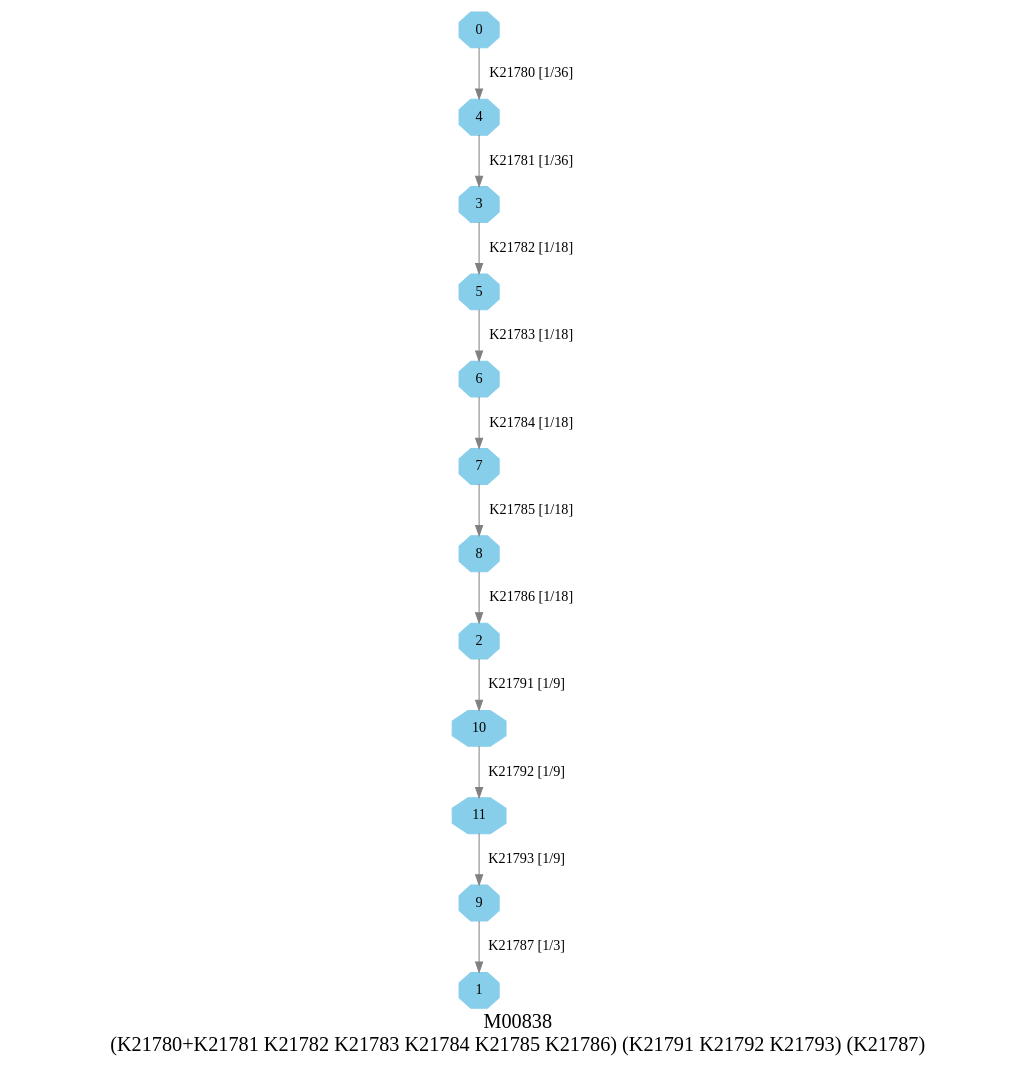
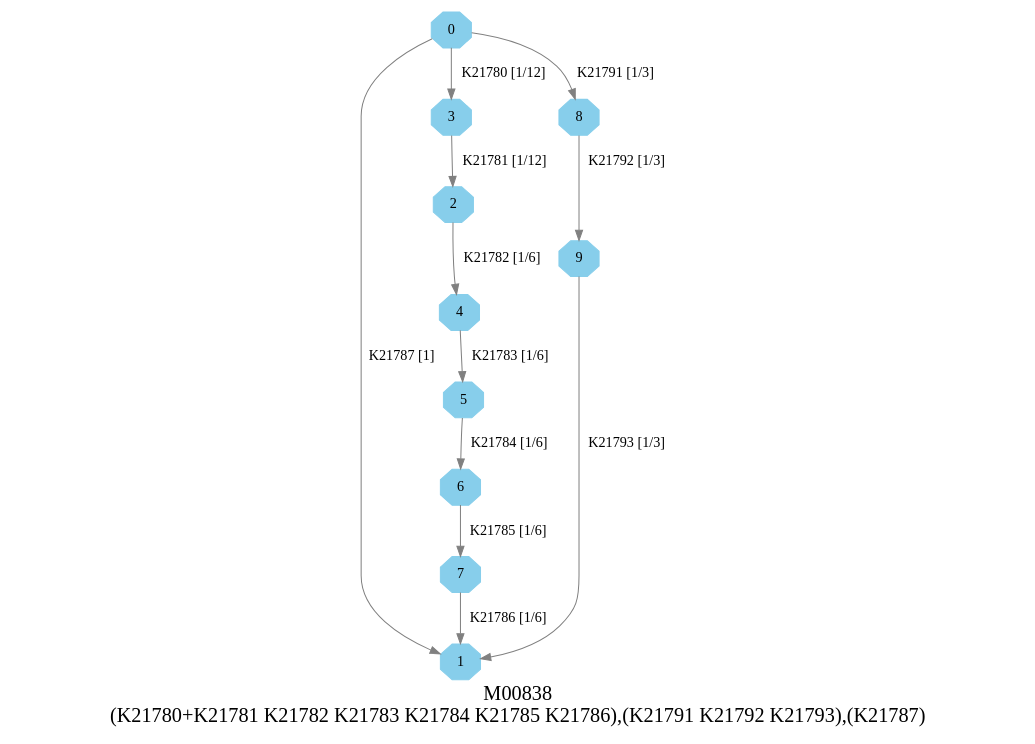
One commit to EBI-Metagenomics/kegg-pathways-completeness-tool changed the diagram in graphs/dots/M00838.dot. Above: the diagram before and after it, drawn with Graphviz. The commit also changed 45 other files, not shown here.

```diff
--- a/graphs/dots/M00838.dot
+++ b/graphs/dots/M00838.dot
@@ -1,18 +1,18 @@
 digraph G {
 graph [label="M00838
-(K21780+K21781 K21782 K21783 K21784 K21785 K21786) (K21791 K21792 K21793) (K21787)",fontsize=20];
+(K21780+K21781 K21782 K21783 K21784 K21785 K21786),(K21791 K21792 K21793),(K21787)",fontsize=20];
 node [shape=box,style=filled];
 edge [len=3,color=grey];
-{node [width=.3,height=.3,shape=octagon,style=filled,color=skyblue] 0 1 2 3 4 5 6 7 8 9 10 11 }
-0 -> 4 [label="K21780 [1/36]"];
-2 -> 10 [label="K21791 [1/9]"];
-3 -> 5 [label="K21782 [1/18]"];
-4 -> 3 [label="K21781 [1/36]"];
-5 -> 6 [label="K21783 [1/18]"];
-6 -> 7 [label="K21784 [1/18]"];
-7 -> 8 [label="K21785 [1/18]"];
-8 -> 2 [label="K21786 [1/18]"];
-9 -> 1 [label="K21787 [1/3]"];
-10 -> 11 [label="K21792 [1/9]"];
-11 -> 9 [label="K21793 [1/9]"];
+{node [width=.3,height=.3,shape=octagon,style=filled,color=skyblue] 0 1 2 3 4 5 6 7 8 9 }
+0 -> 3 [label="K21780 [1/12]"];
+0 -> 8 [label="K21791 [1/3]"];
+0 -> 1 [label="K21787 [1]"];
+2 -> 4 [label="K21782 [1/6]"];
+3 -> 2 [label="K21781 [1/12]"];
+4 -> 5 [label="K21783 [1/6]"];
+5 -> 6 [label="K21784 [1/6]"];
+6 -> 7 [label="K21785 [1/6]"];
+7 -> 1 [label="K21786 [1/6]"];
+8 -> 9 [label="K21792 [1/3]"];
+9 -> 1 [label="K21793 [1/3]"];
 }
```
